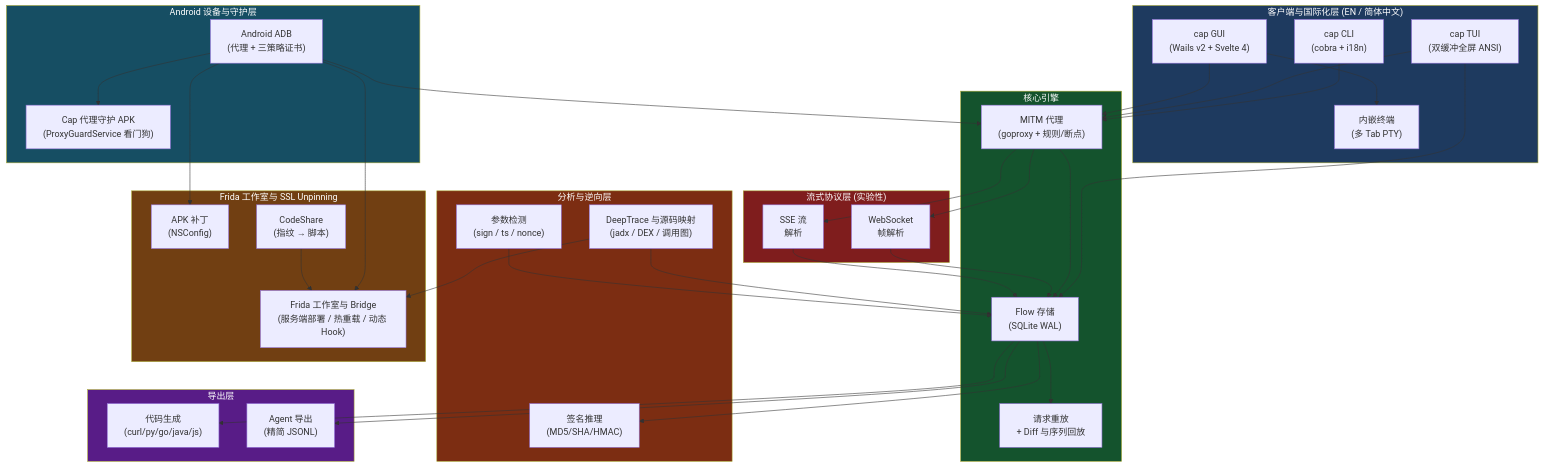
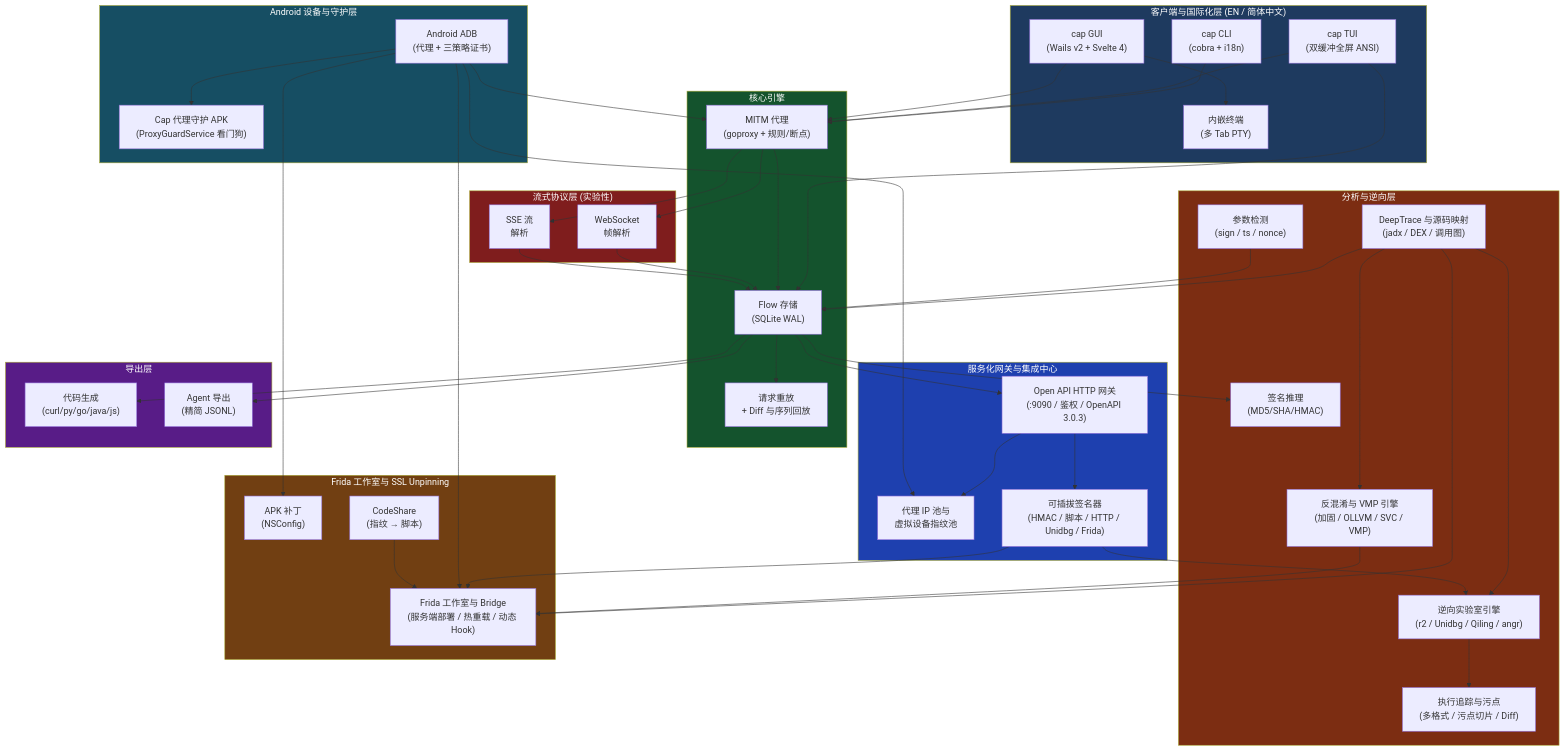
One commit to overkazaf/cap changed the first of 2 diagrams in README_CN.md. Above: the diagram before and after it, drawn with Mermaid. The commit also changed other lines of this file and 20 other files, not shown here.

```diff
--- a/README_CN.md
+++ b/README_CN.md
@@ -120,6 +124,15 @@
         SIGN["签名推理<br/>(MD5/SHA/HMAC)"]
         TRACE["DeepTrace 与源码映射<br/>(jadx / DEX / 调用图)"]
         DETECT["参数检测<br/>(sign / ts / nonce)"]
+        RELAB["逆向实验室引擎<br/>(r2 / Unidbg / Qiling / angr)"]
+        DEOBF["反混淆与 VMP 引擎<br/>(加固 / OLLVM / SVC / VMP)"]
+        EXECTRACE["执行追踪与污点<br/>(多格式 / 污点切片 / Diff)"]
+    end
+
+    subgraph 服务层["服务化网关与集成中心"]
+        GW["Open API HTTP 网关<br/>(:9090 / 鉴权 / OpenAPI 3.0.3)"]
+        POOLS["代理 IP 池与<br/>虚拟设备指纹池"]
+        SIGNERS["可插拔签名器<br/>(HMAC / 脚本 / HTTP / Unidbg / Frida)"]
     end
 
     subgraph 导出层["导出层"]
@@ -157,18 +170,29 @@
     STORE --> AGENT
     STORE --> SIGN
     STORE --> REPLAY
+    STORE --> GW
     TRACE --> STORE
     TRACE --> FRIDA
+    TRACE --> RELAB
+    TRACE --> DEOBF
+    RELAB --> EXECTRACE
+    DEOBF --> FRIDA
+    GW --> POOLS
+    GW --> SIGNERS
+    SIGNERS --> RELAB
+    SIGNERS --> FRIDA
     DETECT --> STORE
     ADB --> PROXY
     ADB --> GUARD
     ADB --> FRIDA
     ADB --> PATCH
+    ADB --> POOLS
     CODESHARE --> FRIDA
 
     style 客户端 fill:#1e3a5f,color:#fff
     style 核心引擎 fill:#14532d,color:#fff
     style 分析层 fill:#7c2d12,color:#fff
+    style 服务层 fill:#1e40af,color:#fff
     style 导出层 fill:#581c87,color:#fff
     style 抓取层 fill:#7f1d1d,color:#fff
     style 设备层 fill:#164e63,color:#fff
```
